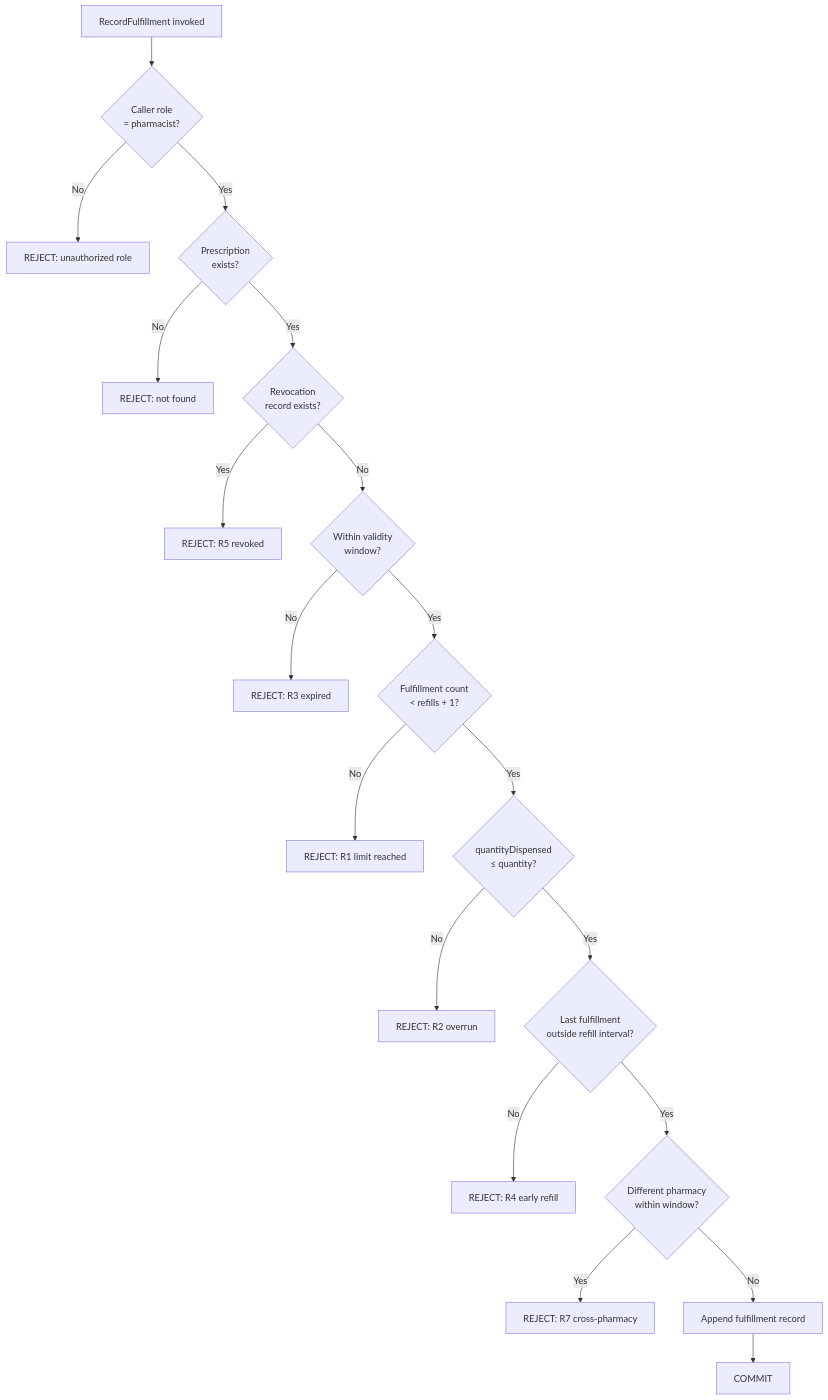
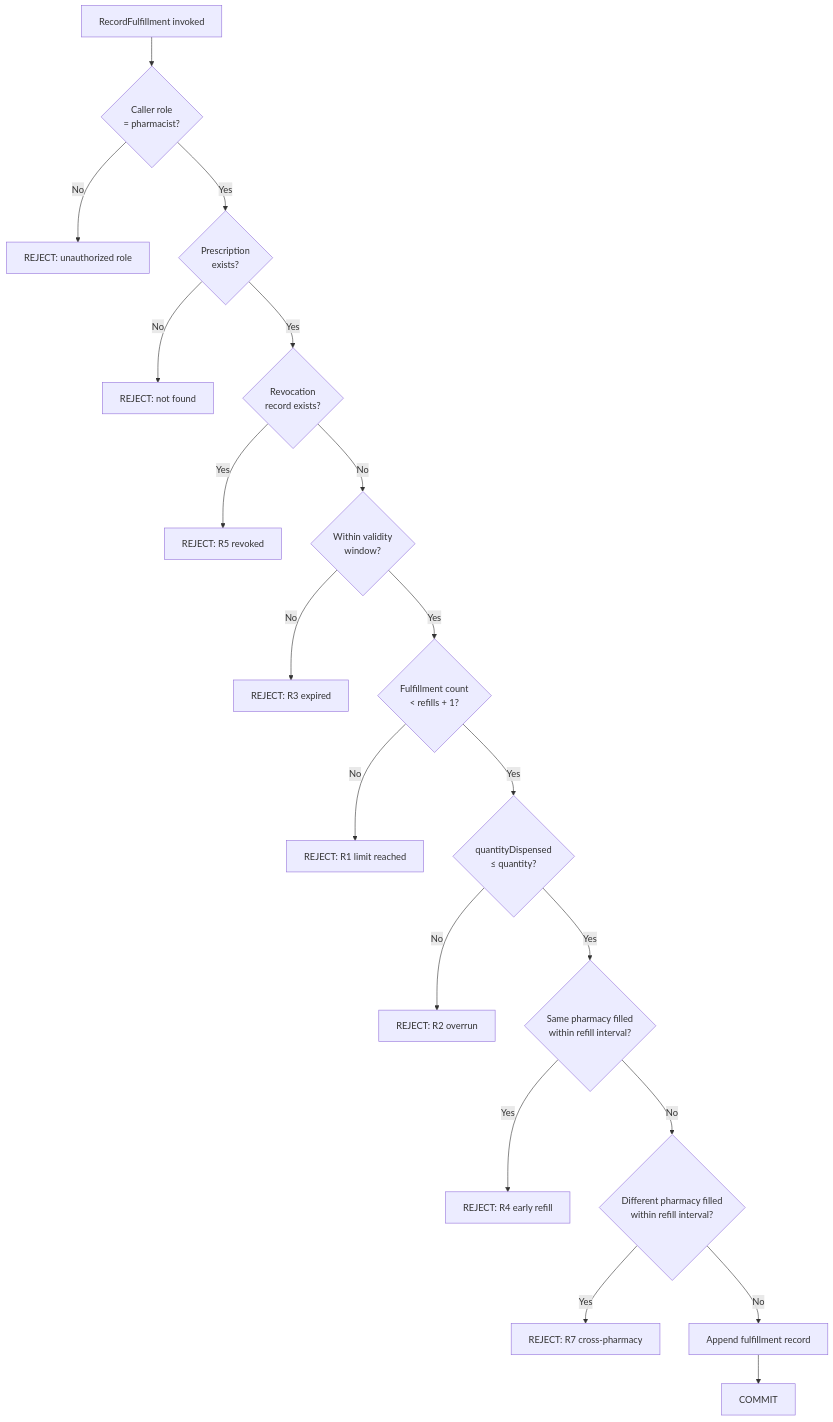
The fifth of 11 diagrams in docs/design.md (nithinvin/medledger), drawn with Mermaid before and after one commit. The commit also changed other lines of this file and 7 other files, not shown here.

````diff
--- a/docs/design.md
+++ b/docs/design.md
@@ -307,21 +339,21 @@
 ```mermaid
 flowchart TD
     A[RecordFulfillment invoked] --> B{Caller role<br/>= pharmacist?}
     B -->|No| Z[REJECT: unauthorized role]
     B -->|Yes| C{Prescription<br/>exists?}
     C -->|No| Y[REJECT: not found]
     C -->|Yes| D{Revocation<br/>record exists?}
     D -->|Yes| X[REJECT: R5 revoked]
     D -->|No| E{Within validity<br/>window?}
     E -->|No| W[REJECT: R3 expired]
     E -->|Yes| F{Fulfillment count<br/>< refills + 1?}
     F -->|No| V[REJECT: R1 limit reached]
     F -->|Yes| G{quantityDispensed<br/>≤ quantity?}
     G -->|No| U[REJECT: R2 overrun]
-    G -->|Yes| H{Last fulfillment<br/>outside refill interval?}
-    H -->|No| T[REJECT: R4 early refill]
-    H -->|Yes| I{Different pharmacy<br/>within window?}
+    G -->|Yes| H{Same pharmacy filled<br/>within refill interval?}
+    H -->|Yes| T[REJECT: R4 early refill]
+    H -->|No| I{Different pharmacy filled<br/>within refill interval?}
     I -->|Yes| S[REJECT: R7 cross-pharmacy]
     I -->|No| J[Append fulfillment record]
     J --> K[COMMIT]
 ```
````
